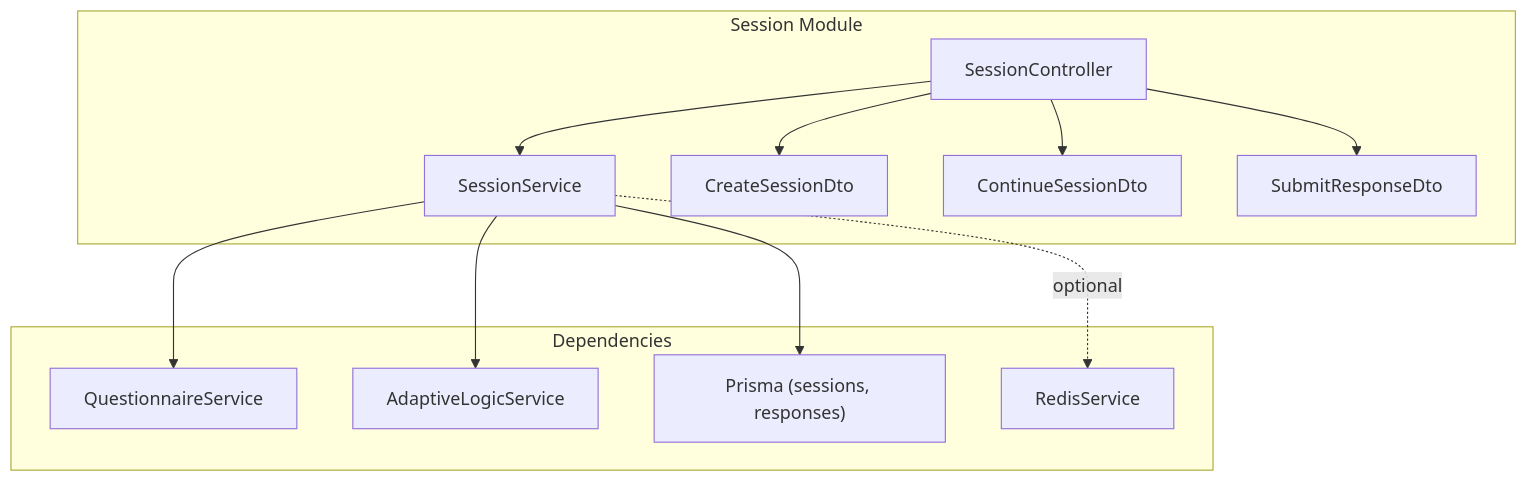
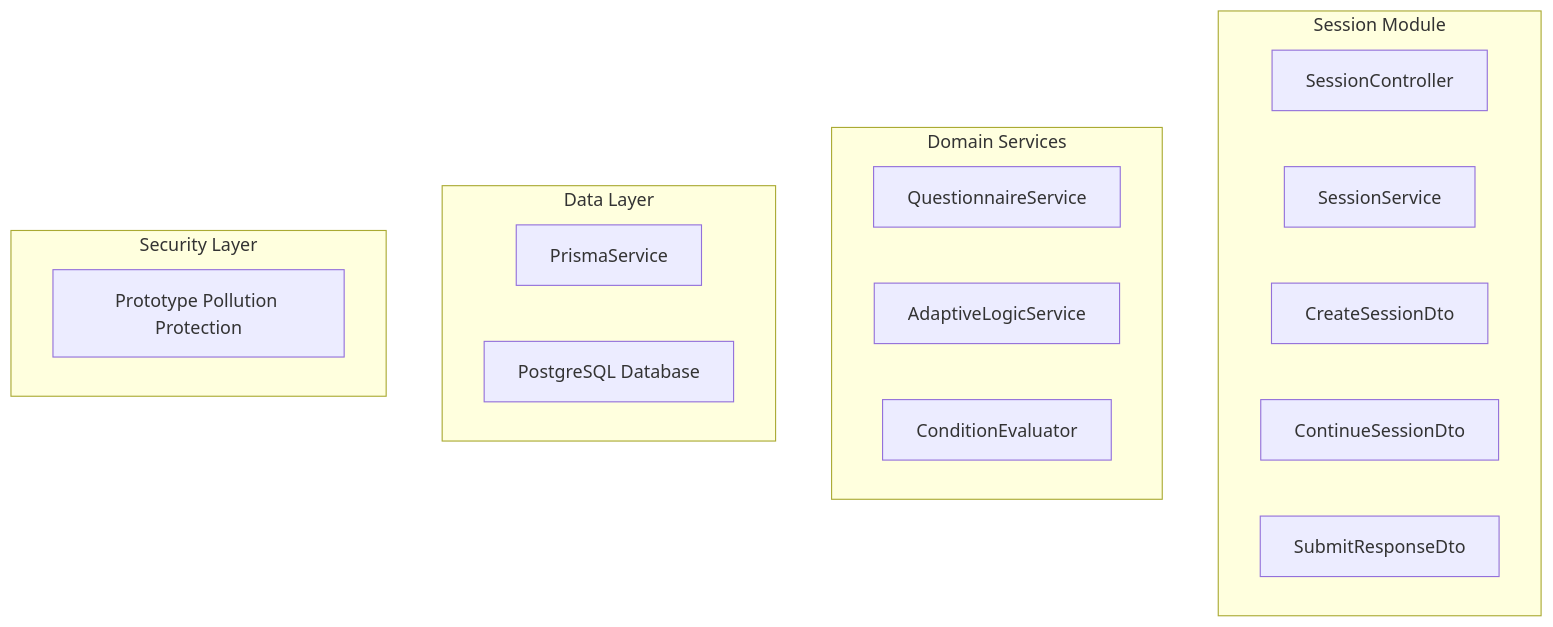
The first of 3 diagrams in .qoder/repowiki/en/content/Core Modules/Session Module.md (Avi-Bendetsky/Quiz-to-build), drawn with Mermaid before and after one commit. The commit also changed other lines of this file and 41 other files, not shown here.

````diff
--- a/.qoder/repowiki/en/content/Core Modules/Session Module.md
+++ b/.qoder/repowiki/en/content/Core Modules/Session Module.md
@@ -37,24 +51,22 @@
 ```mermaid
 graph TB
 subgraph "Session Module"
 SC["SessionController"]
 SS["SessionService"]
 D1["CreateSessionDto"]
 D2["ContinueSessionDto"]
 D3["SubmitResponseDto"]
 end
-subgraph "Dependencies"
+subgraph "Domain Services"
 QS["QuestionnaireService"]
 ALS["AdaptiveLogicService"]
-PRISMA["Prisma (sessions, responses)"]
-REDIS["RedisService"]
+CE["ConditionEvaluator"]
 end
-SC --> SS
-SS --> QS
-SS --> ALS
-SS --> PRISMA
-SS -. optional .-> REDIS
-SC --> D1
-SC --> D2
-SC --> D3
+subgraph "Data Layer"
+PRISMA["PrismaService"]
+DB["PostgreSQL Database"]
+end
+subgraph "Security Layer"
+SP["Prototype Pollution Protection"]
+end
 ```
````
